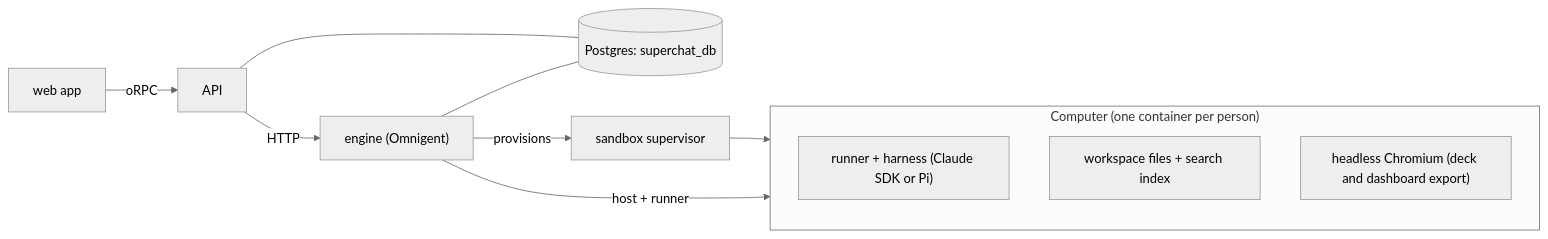
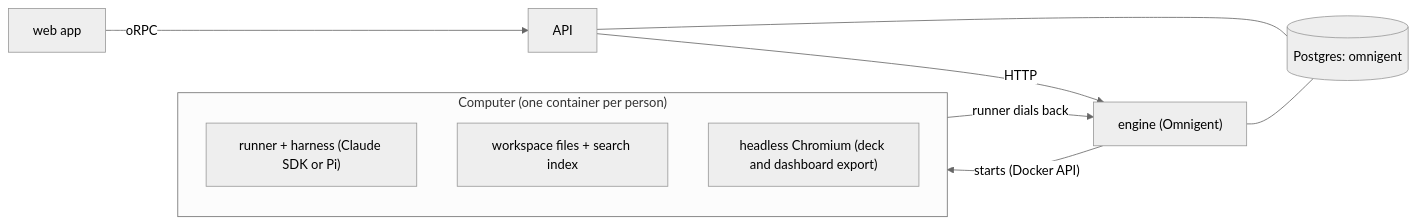
Before and after one commit to routifai/superchat-test: the diagram in README.md, drawn with Mermaid (neutral theme). The commit also changed other lines of this file and 278 other files, not shown here.

````diff
--- a/README.md
+++ b/README.md
@@ -5,15 +5,14 @@
 ```mermaid
 flowchart LR
   web["web app"] -- oRPC --> api["API"]
   api -- HTTP --> engine["engine (Omnigent)"]
-  api --- db[("Postgres: superchat_db")]
+  api --- db[("Postgres: omnigent")]
   engine --- db
-  engine -- provisions --> sup["sandbox supervisor"]
-  sup --> box
-  engine -- "host + runner" --> box
+  engine -- "starts (Docker API)" --> box
+  box -- "runner dials back" --> engine
   subgraph box["Computer (one container per person)"]
     runner["runner + harness (Claude SDK or Pi)"]
     files["workspace files + search index"]
     chromium["headless Chromium (deck and dashboard export)"]
   end
 ```
````
